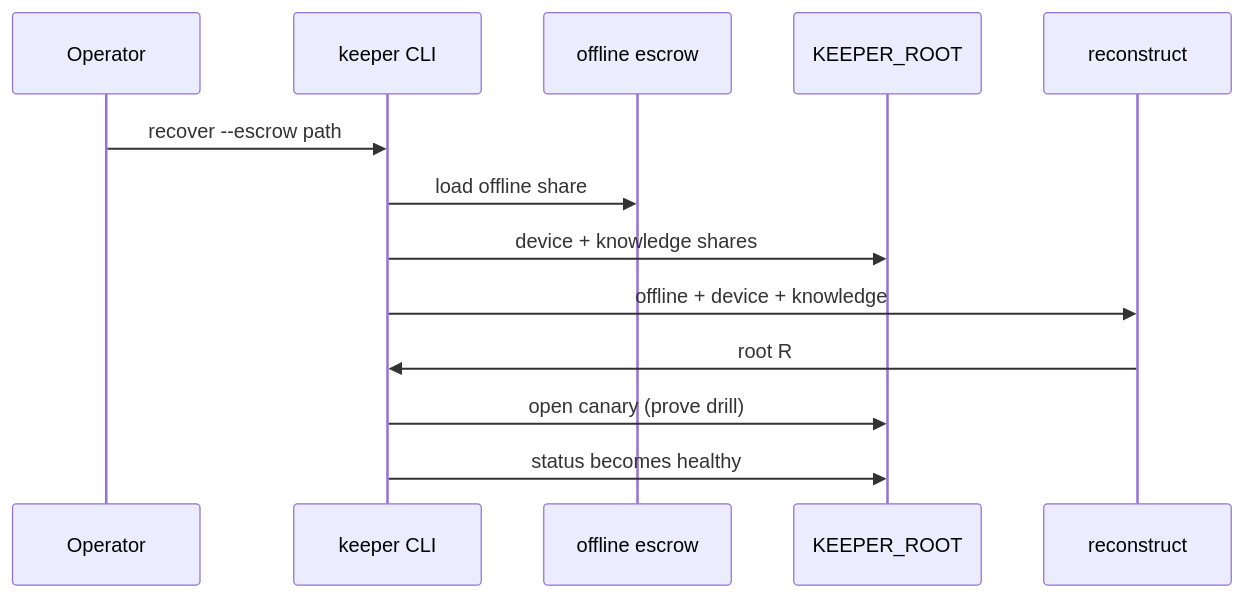
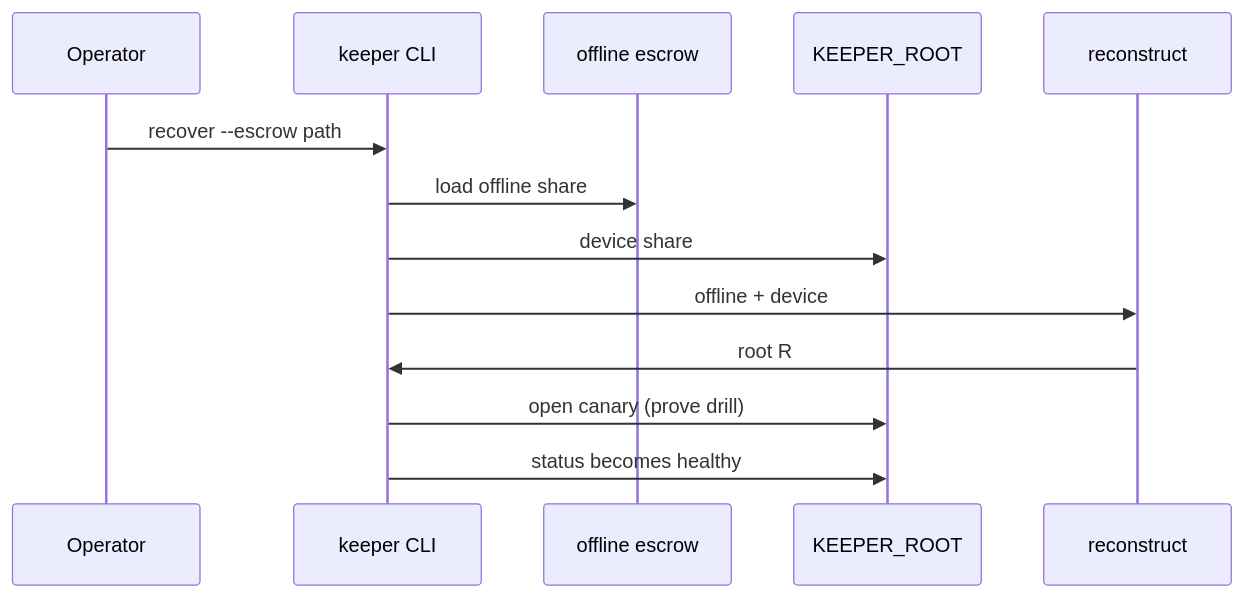
The fifth of 7 diagrams in arch-design/keeper.md (p10ns11y/arch-machine), drawn with Mermaid before and after one commit. The commit also changed other lines of this file and 14 other files, not shown here.

````diff
--- a/arch-design/keeper.md
+++ b/arch-design/keeper.md
@@ -169,15 +167,15 @@
 ```mermaid
 sequenceDiagram
   participant Op as Operator
   participant CLI as keeper CLI
   participant Esc as offline escrow
   participant Disk as KEEPER_ROOT
   participant Shamir as reconstruct
   Op->>CLI: recover --escrow path
   CLI->>Esc: load offline share
-  CLI->>Disk: device + knowledge shares
-  CLI->>Shamir: offline + device + knowledge
+  CLI->>Disk: device share
+  CLI->>Shamir: offline + device
   Shamir->>CLI: root R
   CLI->>Disk: open canary (prove drill)
   CLI->>Disk: status becomes healthy
 ```
````
